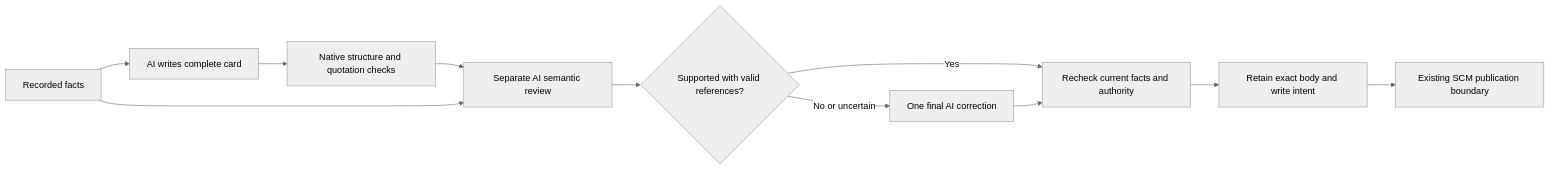
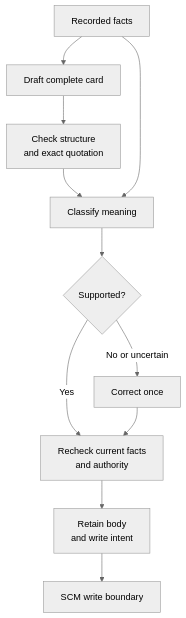
One commit to fireflyframework/firefly-forge changed the tenth of 10 diagrams in docs/architecture.md. Above: the diagram before and after it, drawn with Mermaid (neutral theme).

Commit message:
Keep semantic communication diagrams legible on narrow screens

````diff
--- a/docs/architecture.md
+++ b/docs/architecture.md
@@ -581,13 +581,13 @@
 ```mermaid
-flowchart LR
-    F["Recorded facts"] --> W["AI writes complete card"]
-    W --> N["Native structure and quotation checks"]
-    N --> R["Separate AI semantic review"]
+flowchart TB
+    F["Recorded facts"] --> W["Draft complete card"]
+    W --> N["Check structure<br/>and exact quotation"]
+    N --> R["Classify meaning"]
     F --> R
-    R --> V{"Supported with valid references?"}
-    V -->|Yes| C["Recheck current facts and authority"]
-    V -->|No or uncertain| B["One final AI correction"]
-    C --> I["Retain exact body and write intent"]
+    R --> V{"Supported?"}
+    V -->|Yes| C["Recheck current facts<br/>and authority"]
+    V -->|No or uncertain| B["Correct once"]
     B --> C
-    I --> P["Existing SCM publication boundary"]
+    C --> I["Retain body<br/>and write intent"]
+    I --> P["SCM write boundary"]
 ```
````
